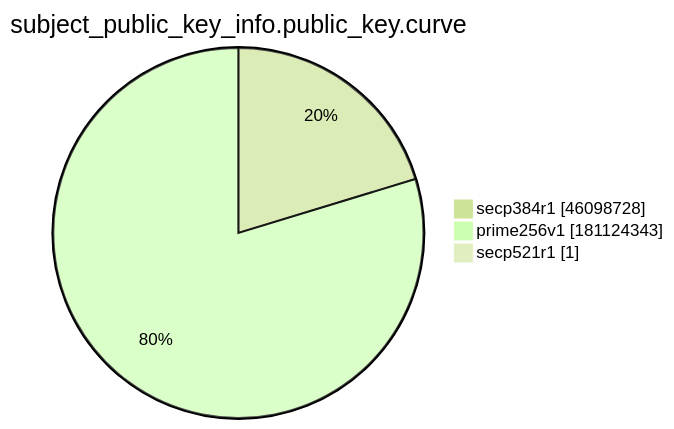
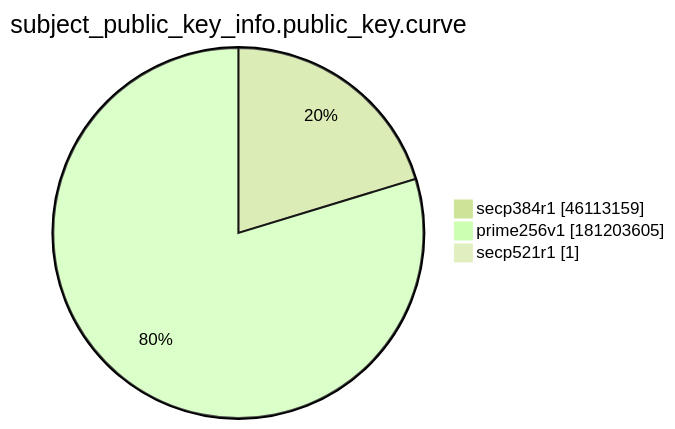
Before and after one commit to christiankrug/ctmonitor_visualization: the ninth of 15 diagrams in xenon2022/README.md, drawn with Mermaid (forest theme). The commit also changed other lines of this file, not shown here.

````diff
--- a/xenon2022/README.md
+++ b/xenon2022/README.md
@@ -2874,7 +2874,7 @@
 ```mermaid
 pie showData
 title subject_public_key_info.public_key.curve
-"secp384r1" :46098728
-"prime256v1" :181124343
+"secp384r1" :46113159
+"prime256v1" :181203605
 "secp521r1" :1
 ```
````
